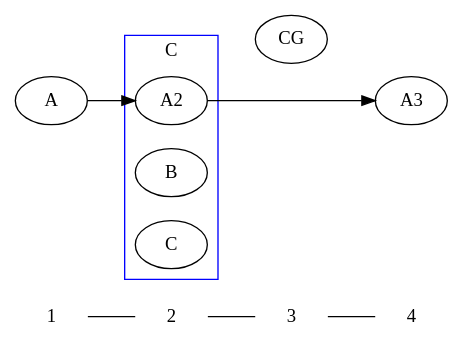
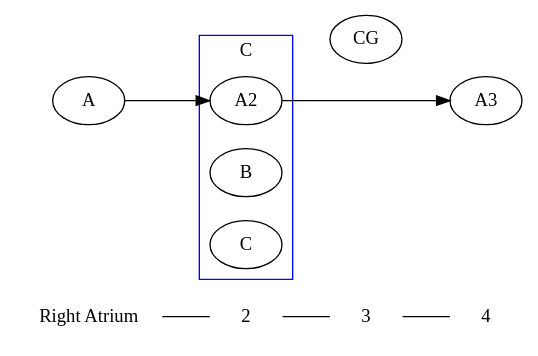
One commit to meirisoda/school_spring2024 changed the second of 2 diagrams in NURS380_Practicum/Topics/EKG/EKG and Rhythms.md. Above: the diagram before and after it, drawn with Graphviz.

Commit message:
vault backup: 2024-02-19 17:39:57

````diff
--- a/NURS380_Practicum/Topics/EKG/EKG and Rhythms.md
+++ b/NURS380_Practicum/Topics/EKG/EKG and Rhythms.md
@@ -209,26 +209,27 @@
 ```dot
 digraph g{
- rankdir = LR;
- node [shape = none]
-
- 1->2->3->4[arrowhead=none]
-
- node [shape = ellipse]
-
- A->A2->A3;
-
- subgraph clusterCG{
-  shape = rect;
-  rank=same;
-  A2;
-  B;
-  C;
-  color=blue;
-  label="C";
- }
-
- { rank=same; 1; A;}
- { rank=same; 3; CG;}
- { rank=same; 4; A3;}
+	rankdir = LR;
+	node [shape = none]
+	1 [label="Right Atrium"]
+	
+	1->2->3->4[arrowhead=none]
+	
+	node [shape = ellipse]
+	
+	A->A2->A3;
+	
+	subgraph clusterCG{
+	shape = rect;
+	rank=same;
+	A2;
+	B;
+	C;
+	color=blue;
+	label="C";
+	}
+	
+	{ rank=same; 1; A;}
+	{ rank=same; 3; CG;}
+	{ rank=same; 4; A3;}
 }
 ```
````
